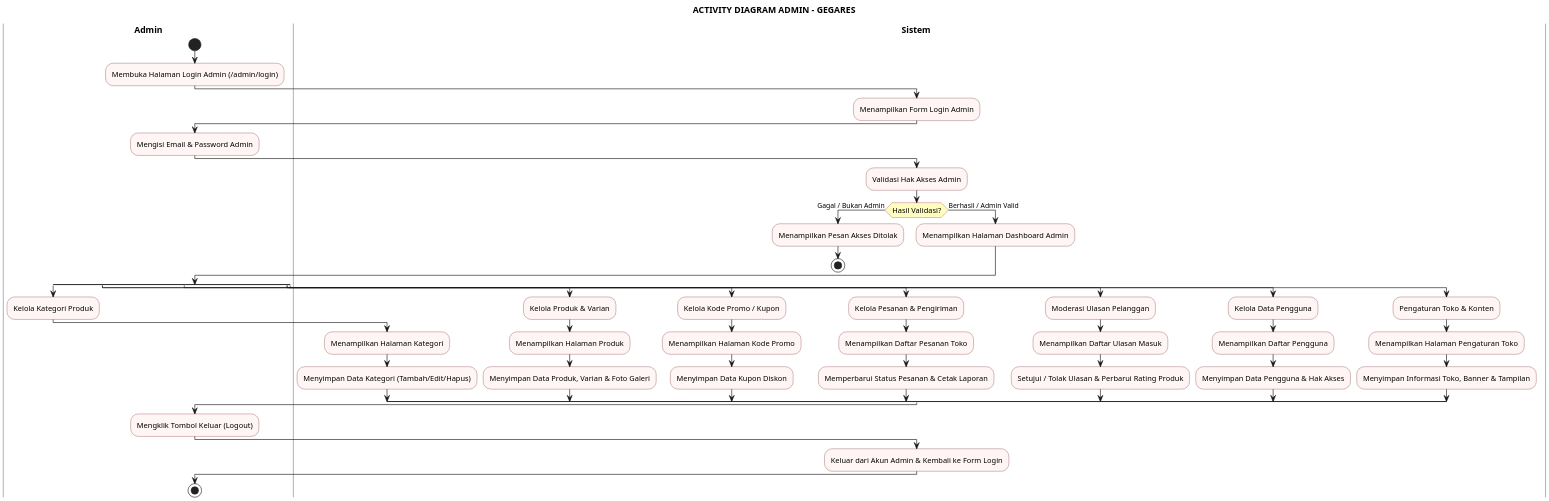
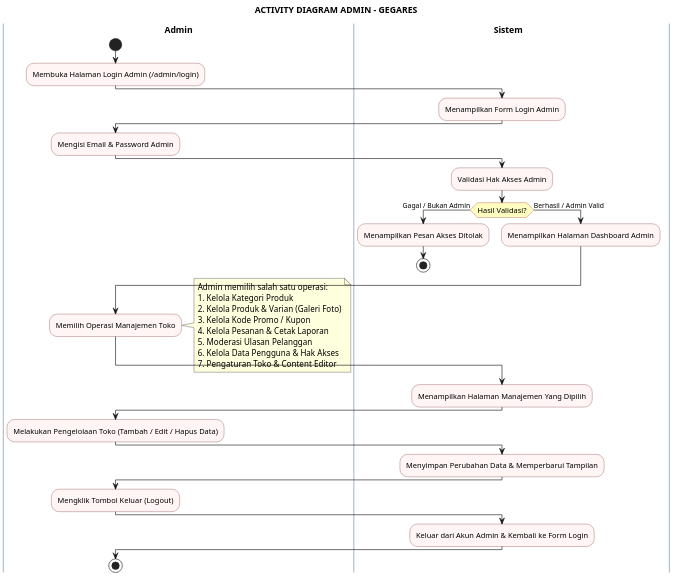
One commit to greedykid/gegares_toko changed the diagram in activity_diagram_admin.puml. Above: the diagram before and after it, drawn with PlantUML. The commit also changed 11 other files, not shown here.

Commit message:
fix(diagram): fix disconnected lines with continuous linear flow and clean swimlane connections

```diff
--- a/activity_diagram_admin.puml
+++ b/activity_diagram_admin.puml
@@ -1,87 +1,65 @@
 @startuml
 skinparam dpi 180
 skinparam defaultFontName "SansSerif"
 skinparam ActivityFontSize 12
 skinparam ActivityBorderColor #742A2A
 skinparam ActivityBackgroundColor #FFF5F5
 skinparam ActivityDiamondBorderColor #9B2C2C
 skinparam ActivityDiamondBackgroundColor #FEFCBF
 skinparam SwimlaneTitleFontSize 14
 skinparam SwimlaneTitleFontStyle bold
 skinparam SwimlaneBorderColor #A0AEC0
 skinparam SwimlaneWidth 280
 
 title **ACTIVITY DIAGRAM ADMIN - GEGARES**
 
 |Admin|
 start
 :Membuka Halaman Login Admin (/admin/login);
 
 |Sistem|
 :Menampilkan Form Login Admin;
 
 |Admin|
 :Mengisi Email & Password Admin;
 
 |Sistem|
 :Validasi Hak Akses Admin;
 if (Hasil Validasi?) then (Gagal / Bukan Admin)
   :Menampilkan Pesan Akses Ditolak;
   stop
 else (Berhasil / Admin Valid)
   :Menampilkan Halaman Dashboard Admin;
 endif
 
 |Admin|
-split
-  :Kelola Kategori Produk;
-  |Sistem|
-  :Menampilkan Halaman Kategori;
-  :Menyimpan Data Kategori (Tambah/Edit/Hapus);
+:Memilih Operasi Manajemen Toko;
+note right
+  Admin memilih salah satu operasi:
+  1. Kelola Kategori Produk
+  2. Kelola Produk & Varian (Galeri Foto)
+  3. Kelola Kode Promo / Kupon
+  4. Kelola Pesanan & Cetak Laporan
+  5. Moderasi Ulasan Pelanggan
+  6. Kelola Data Pengguna & Hak Akses
+  7. Pengaturan Toko & Content Editor
+end note
 
-split again
-  :Kelola Produk & Varian;
-  |Sistem|
-  :Menampilkan Halaman Produk;
-  :Menyimpan Data Produk, Varian & Foto Galeri;
+|Sistem|
+:Menampilkan Halaman Manajemen Yang Dipilih;
 
-split again
-  :Kelola Kode Promo / Kupon;
-  |Sistem|
-  :Menampilkan Halaman Kode Promo;
-  :Menyimpan Data Kupon Diskon;
+|Admin|
+:Melakukan Pengelolaan Toko (Tambah / Edit / Hapus Data);
 
-split again
-  :Kelola Pesanan & Pengiriman;
-  |Sistem|
-  :Menampilkan Daftar Pesanan Toko;
-  :Memperbarui Status Pesanan & Cetak Laporan;
-
-split again
-  :Moderasi Ulasan Pelanggan;
-  |Sistem|
-  :Menampilkan Daftar Ulasan Masuk;
-  :Setujui / Tolak Ulasan & Perbarui Rating Produk;
-
-split again
-  :Kelola Data Pengguna;
-  |Sistem|
-  :Menampilkan Daftar Pengguna;
-  :Menyimpan Data Pengguna & Hak Akses;
-
-split again
-  :Pengaturan Toko & Konten;
-  |Sistem|
-  :Menampilkan Halaman Pengaturan Toko;
-  :Menyimpan Informasi Toko, Banner & Tampilan;
-end split
+|Sistem|
+:Menyimpan Perubahan Data & Memperbarui Tampilan;
 
 |Admin|
 :Mengklik Tombol Keluar (Logout);
 
 |Sistem|
 :Keluar dari Akun Admin & Kembali ke Form Login;
 
 |Admin|
 stop
 @enduml
```
